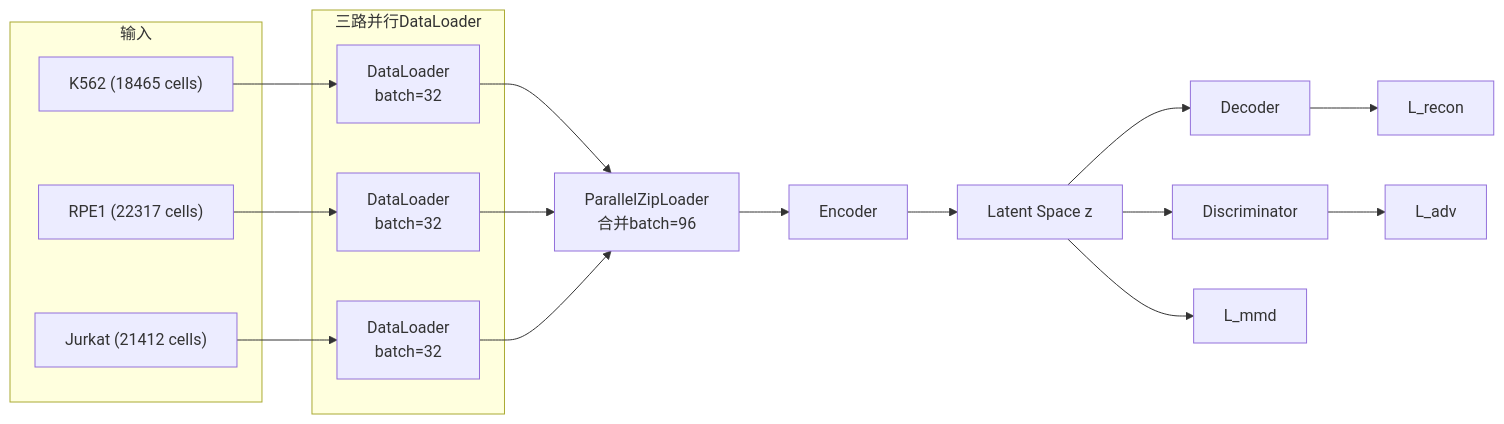
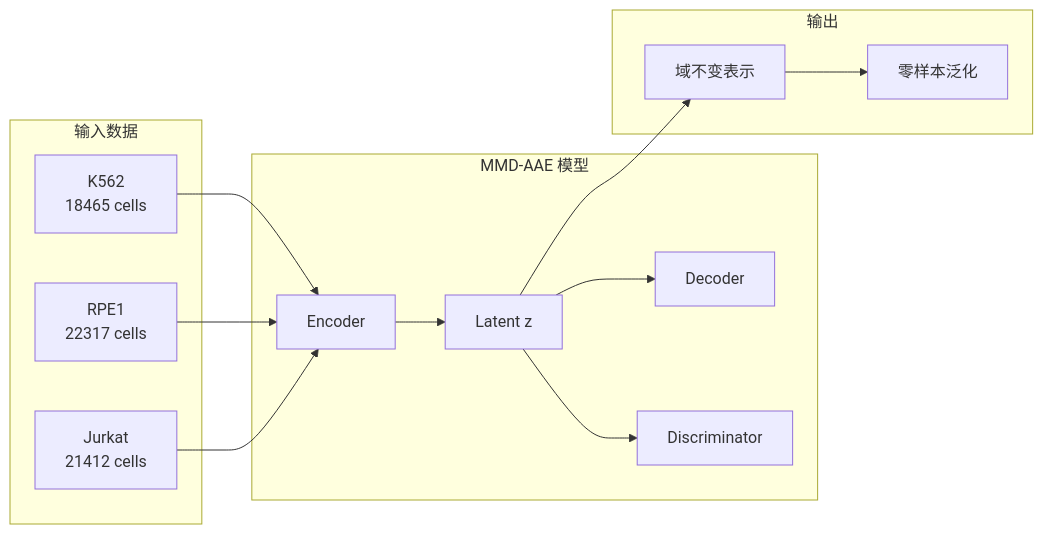
Before and after one commit to yiyidaishui7/STATE: the first of 9 diagrams in docs/Progress_Report.md, drawn with Mermaid. The commit also changed other lines of this file, not shown here.

````diff
--- a/docs/Progress_Report.md
+++ b/docs/Progress_Report.md
@@ -9,30 +9,26 @@
 ```mermaid
 graph LR
-    subgraph 输入
-        K["K562 (18465 cells)"]
-        R["RPE1 (22317 cells)"]
-        J["Jurkat (21412 cells)"]
+    subgraph 输入数据
+        A["K562\n18465 cells"]
+        B["RPE1\n22317 cells"]
+        C["Jurkat\n21412 cells"]
     end
-
-    subgraph 三路并行DataLoader
-        DL1["DataLoader\nbatch=32"]
-        DL2["DataLoader\nbatch=32"]
-        DL3["DataLoader\nbatch=32"]
+    subgraph MMD-AAE 模型
+        E["Encoder"]
+        Z["Latent z"]
+        D["Decoder"]
+        Disc["Discriminator"]
     end
-
-    K --> DL1
-    R --> DL2
-    J --> DL3
-
-    DL1 --> ZIP["ParallelZipLoader\n合并batch=96"]
-    DL2 --> ZIP
-    DL3 --> ZIP
-
-    ZIP --> ENC["Encoder"]
-    ENC --> Z["Latent Space z"]
-    Z --> DEC["Decoder"]
-    Z --> D["Discriminator"]
-    DEC --> L1["L_recon"]
-    Z --> L2["L_mmd"]
-    D --> L3["L_adv"]
+    subgraph 输出
+        O1["域不变表示"]
+        O2["零样本泛化"]
+    end
+    A --> E
+    B --> E
+    C --> E
+    E --> Z
+    Z --> D
+    Z --> Disc
+    Z --> O1
+    O1 --> O2
 ```
````
